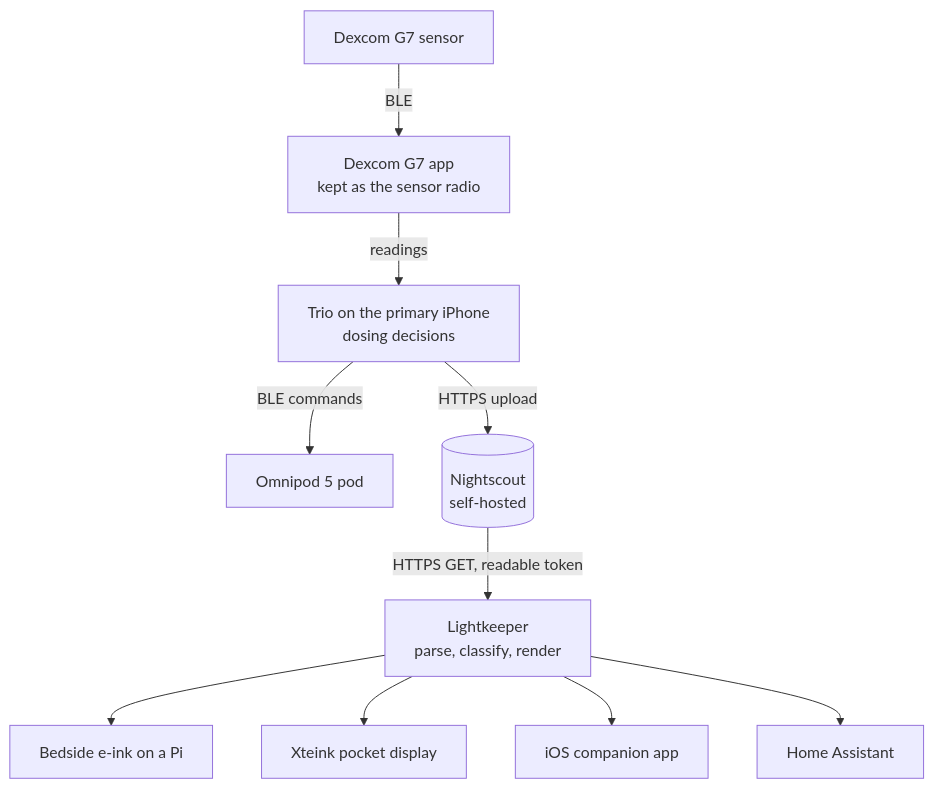
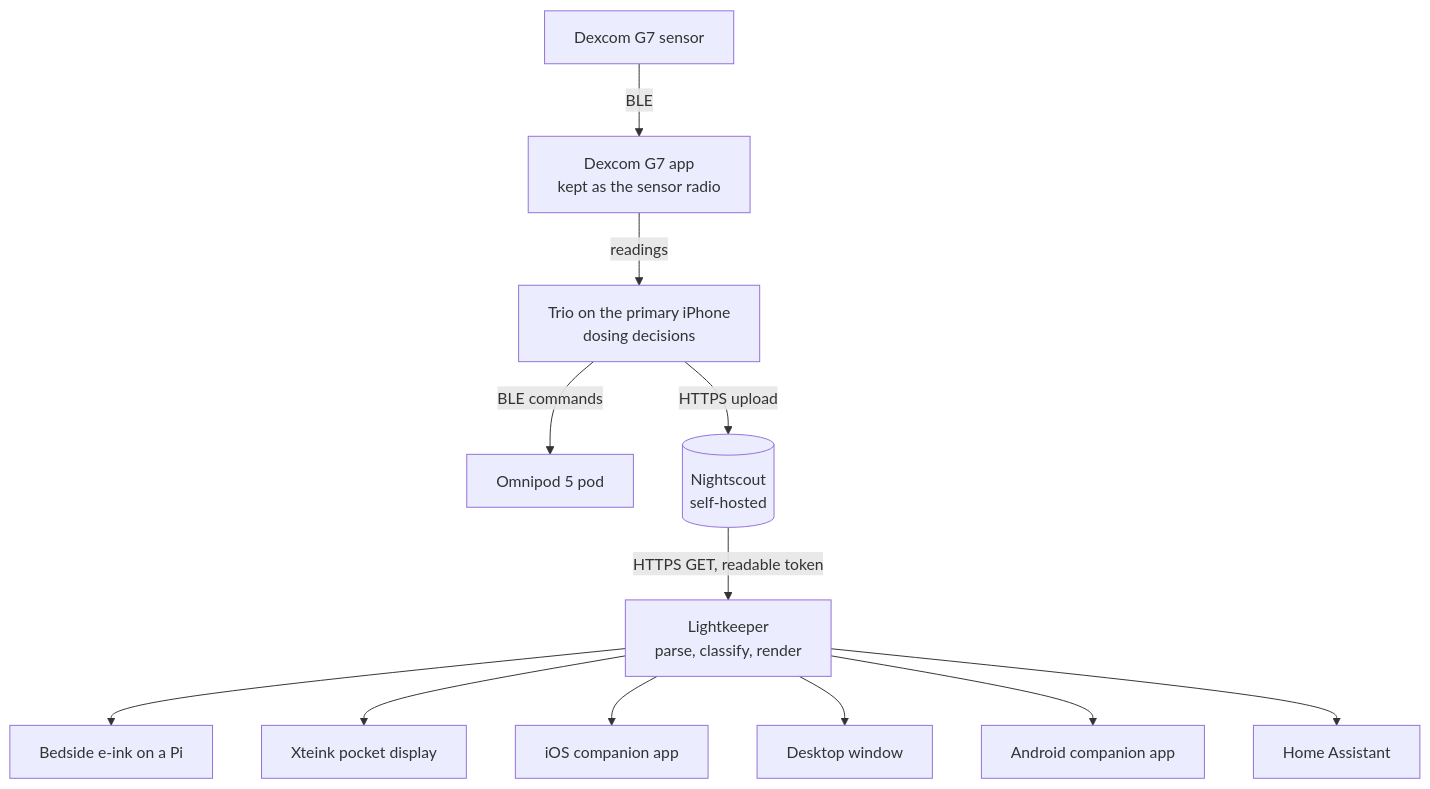
One commit to esanacore/lightkeeper changed the diagram in wiki/How-It-Works.md. Above: the diagram before and after it, drawn with Mermaid. The commit also changed other lines of this file and 16 other files, not shown here.

First line of the commit message:
docs(wiki): the desktop window and the Android app

````diff
--- a/wiki/How-It-Works.md
+++ b/wiki/How-It-Works.md
@@ -5,12 +5,14 @@
 ```mermaid
 flowchart TD
     G7[Dexcom G7 sensor] -- BLE --> Dex[Dexcom G7 app<br/>kept as the sensor radio]
     Dex -- readings --> Trio[Trio on the primary iPhone<br/>dosing decisions]
     Trio -- BLE commands --> Pod[Omnipod 5 pod]
     Trio -- HTTPS upload --> NS[(Nightscout<br/>self-hosted)]
     NS -- HTTPS GET, readable token --> LK[Lightkeeper<br/>parse, classify, render]
     LK --> Pi[Bedside e-ink on a Pi]
     LK --> X4[Xteink pocket display]
     LK --> iOS[iOS companion app]
+    LK --> Desk[Desktop window]
+    LK --> Droid[Android companion app]
     LK --> HA[Home Assistant]
 ```
````
